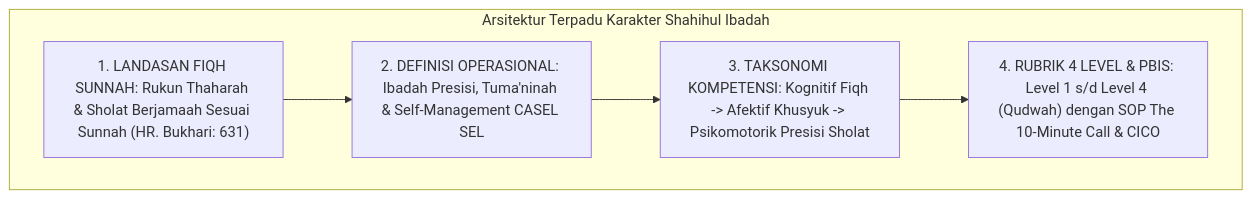
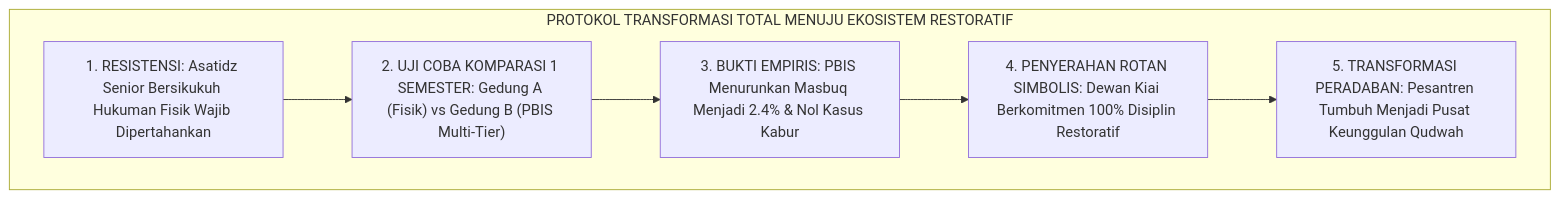
The sixth of 7 diagrams in 03 Capacity Framework/05 Shahihul Ibadah/P3-05-14-Sintesis-dan-Validasi-Shahihul-Ibadah.md (wandiapriliyandi/tumbuh), drawn with Mermaid before and after one commit. The commit also changed other lines of this file and 15 other files, not shown here.

Commit message:
docs(domain-05): complete comprehensive research monographs for 05 Shahihul Ibadah (14 sub-modules + master doc + README)

````diff
--- a/03 Capacity Framework/05 Shahihul Ibadah/P3-05-14-Sintesis-dan-Validasi-Shahihul-Ibadah.md
+++ b/03 Capacity Framework/05 Shahihul Ibadah/P3-05-14-Sintesis-dan-Validasi-Shahihul-Ibadah.md
@@ -10,13 +224,16 @@
 ```mermaid
-graph TD
-    subgraph Sintesis_Shahihul_Ibadah["Arsitektur Terpadu Karakter Shahihul Ibadah"]
-        SI1["1. LANDASAN FIQH SUNNAH: Rukun Thaharah & Sholat Berjamaah Sesuai Sunnah (HR. Bukhari: 631)"]
-        SI2["2. DEFINISI OPERASIONAL: Ibadah Presisi, Tuma'ninah & Self-Management CASEL SEL"]
-        SI3["3. TAKSONOMI KOMPETENSI: Kognitif Fiqh -> Afektif Khusyuk -> Psikomotorik Presisi Sholat"]
-        SI4["4. RUBRIK 4 LEVEL & PBIS: Level 1 s/d Level 4 (Qudwah) dengan SOP The 10-Minute Call & CICO"]
-
-        SI1 --> SI2
-        SI2 --> SI3
-        SI3 --> SI4
+flowchart TD
+    subgraph AlurTransformasiParadigmaPengasuhan["PROTOKOL TRANSFORMASI TOTAL MENUJU EKOSISTEM RESTORATIF"]
+        ResistensiSenior["1. RESISTENSI: Asatidz Senior Bersikukuh Hukuman Fisik Wajib Dipertahankan"]
+        
+        UjiKomparasi["2. UJI COBA KOMPARASI 1 SEMESTER: Gedung A (Fisik) vs Gedung B (PBIS Multi-Tier)"]
+        
+        BuktiDataEmpiris["3. BUKTI EMPIRIS: PBIS Menurunkan Masbuq Menjadi 2.4% & Nol Kasus Kabur"]
+        
+        PenyerahanRotan["4. PENYERAHAN ROTAN SIMBOLIS: Dewan Kiai Berkomitmen 100% Disiplin Restoratif"]
+        
+        PesantrenPeradaban["5. TRANSFORMASI PERADABAN: Pesantren Tumbuh Menjadi Pusat Keunggulan Qudwah"]
+        
+        ResistensiSenior --> UjiKomparasi --> BuktiDataEmpiris --> PenyerahanRotan --> PesantrenPeradaban
     end
 ```
````
